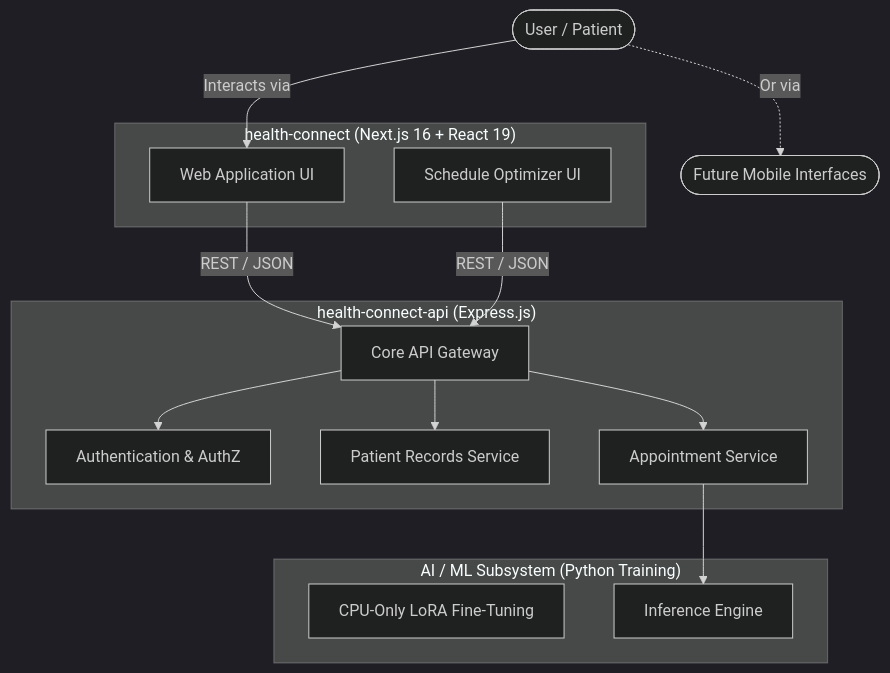
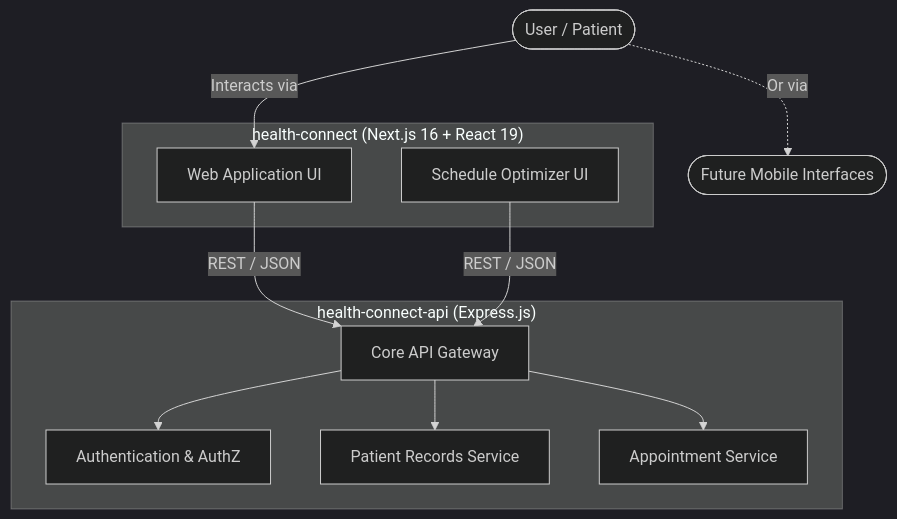
One commit to sahoo-tech/Health-Connect changed the first of 3 diagrams in README.md. Above: the diagram before and after it, drawn with Mermaid (dark theme). The commit also changed other lines of this file, not shown here.

````diff
--- a/README.md
+++ b/README.md
@@ -13,31 +13,24 @@
 ```mermaid
 graph TD
     User([User / Patient]) -->|Interacts via| Frontend
     User -.->|Or via| MobileApp([Future Mobile Interfaces])
     
     subgraph "health-connect (Next.js 16 + React 19)"
         Frontend[Web Application UI]
         Optimizer[Schedule Optimizer UI]
     end
     
     subgraph "health-connect-api (Express.js)"
         API[Core API Gateway]
         Auth[Authentication & AuthZ]
         PatientService[Patient Records Service]
         BookingService[Appointment Service]
     end
     
-    subgraph "AI / ML Subsystem (Python Training)"
-        ModelTraining[CPU-Only LoRA Fine-Tuning]
-        Inference[Inference Engine]
-    end
-    
     Frontend -->|REST / JSON| API
     Optimizer -->|REST / JSON| API
     
     API --> Auth
     API --> PatientService
     API --> BookingService
-    
-    BookingService --> Inference
 ```
````
